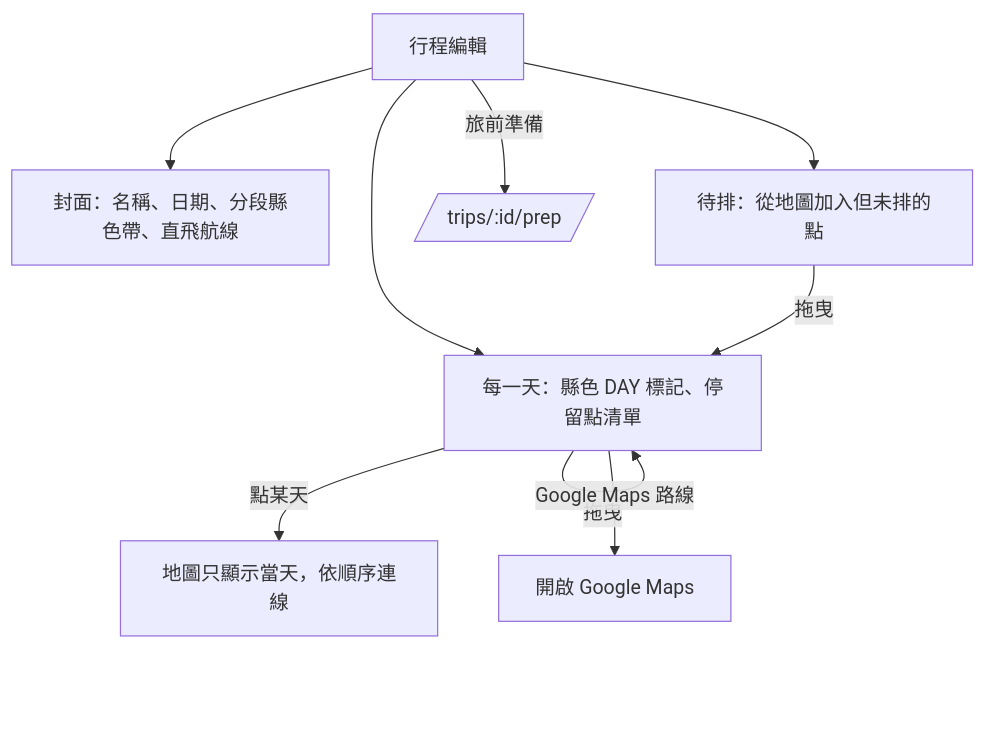
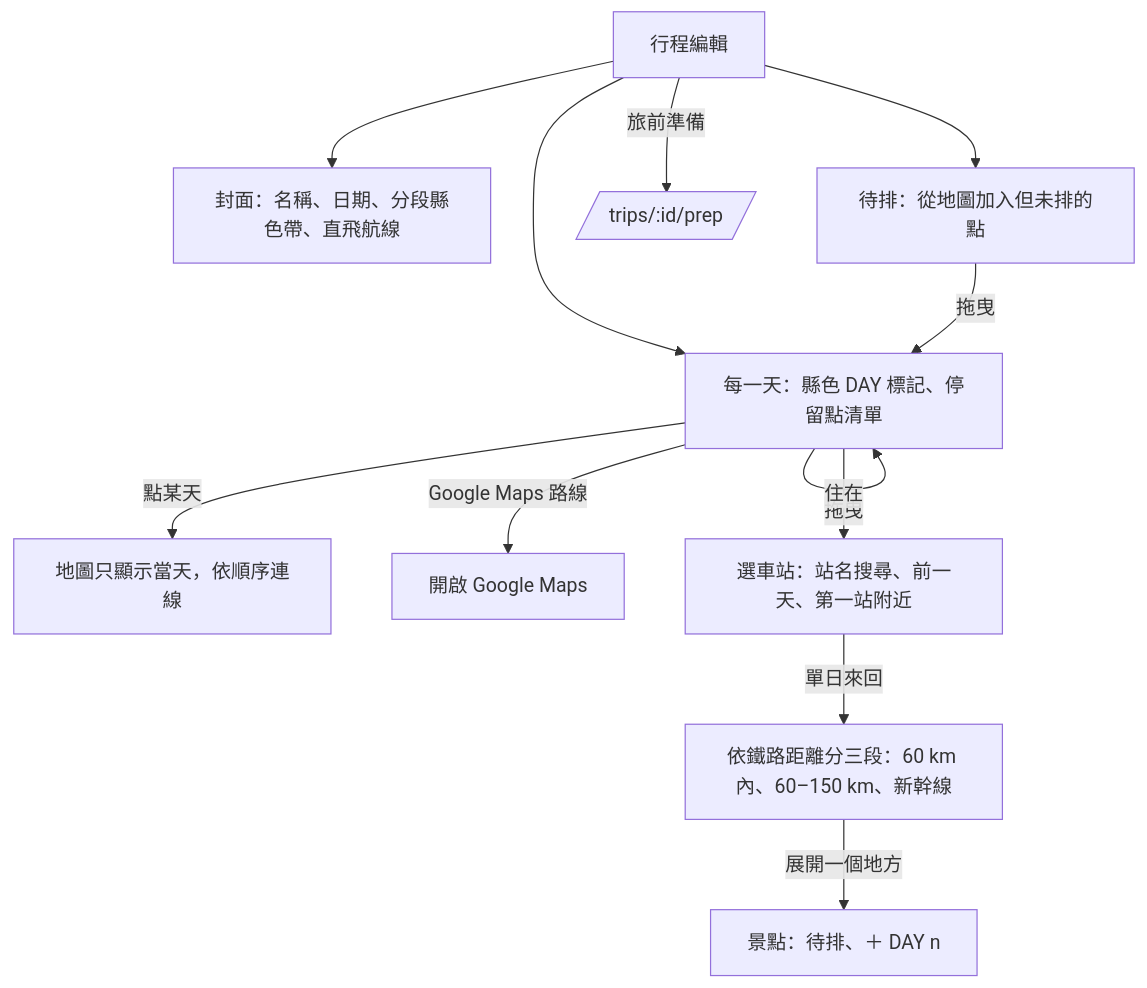
The third of 3 diagrams in UX-FLOW.md (yo02741/hitomeguri), drawn with Mermaid before and after one commit. The commit also changed other lines of this file and 23 other files, not shown here.

````diff
--- a/UX-FLOW.md
+++ b/UX-FLOW.md
@@ -443,11 +451,14 @@
 ```mermaid
 flowchart TD
   T[行程編輯] --> Cover[封面：名稱、日期、分段縣色帶、直飛航線]
   T --> Days[每一天：縣色 DAY 標記、停留點清單]
   T --> Unsched[待排：從地圖加入但未排的點]
   Days -- 拖曳 --> Days
   Unsched -- 拖曳 --> Days
   Days -- 點某天 --> DayMap[地圖只顯示當天，依順序連線]
   Days -- Google Maps 路線 --> GM[開啟 Google Maps]
+  Days -- 住在 --> Stay[選車站：站名搜尋、前一天、第一站附近]
+  Stay -- 單日來回 --> DT[依鐵路距離分三段：60 km 內、60–150 km、新幹線]
+  DT -- 展開一個地方 --> DTS[景點：待排、＋ DAY n]
   T -- 旅前準備 --> P[/trips/:id/prep/]
 ```
````
